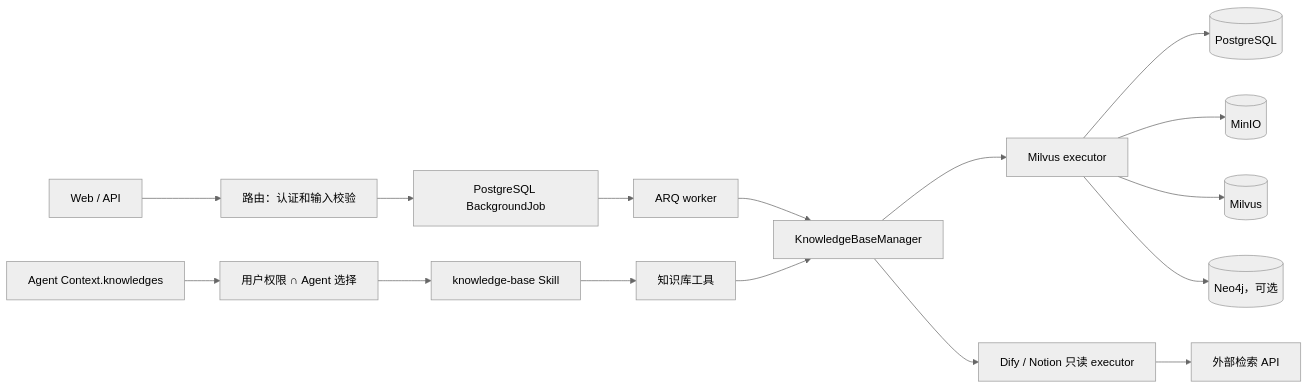
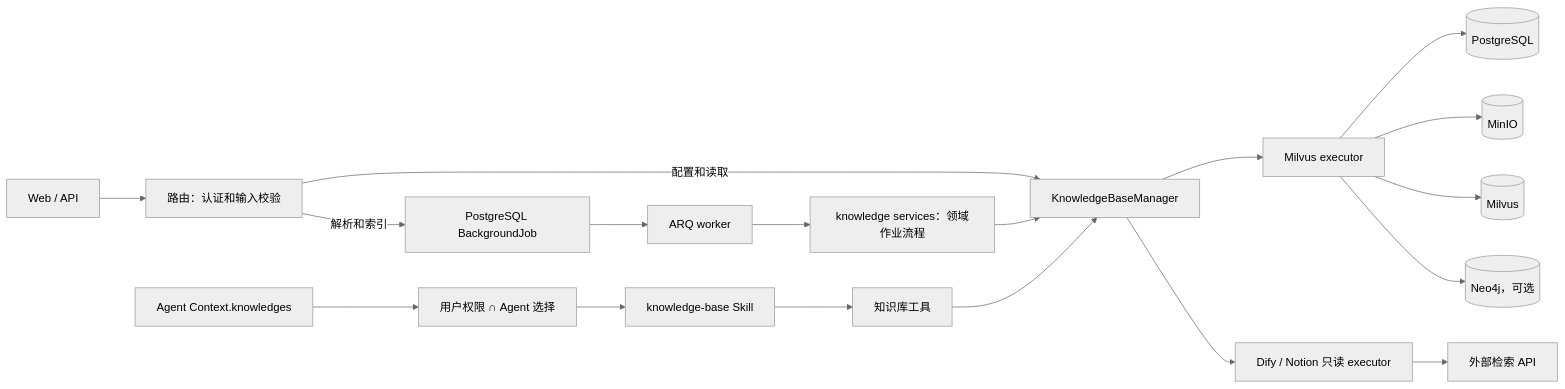
The first of 2 diagrams in docs/mechanisms/knowledge-base.md (Yuchuan925/Yuxi), drawn with Mermaid (neutral theme) before and after one commit. The commit also changed other lines of this file and 1 other file, not shown here.

````diff
--- a/docs/mechanisms/knowledge-base.md
+++ b/docs/mechanisms/knowledge-base.md
@@ -18,19 +18,21 @@
 ```mermaid
 flowchart LR
     UI["Web / API"] --> Router["路由：认证和输入校验"]
-    Router --> Task["PostgreSQL BackgroundJob"]
+    Router -->|解析和索引| Task["PostgreSQL BackgroundJob"]
+    Router -->|配置和读取| Manager
     Task --> Worker["ARQ worker"]
-    Worker --> Manager["KnowledgeBaseManager"]
+    Worker --> Handler["knowledge services：领域作业流程"]
+    Handler --> Manager["KnowledgeBaseManager"]
     Manager --> MilvusKB["Milvus executor"]
     Manager --> Connector["Dify / Notion 只读 executor"]
     MilvusKB --> PG[("PostgreSQL")]
     MilvusKB --> Object[("MinIO")]
     MilvusKB --> Vector[("Milvus")]
     MilvusKB --> Graph[("Neo4j，可选")]
     Connector --> External["外部检索 API"]
 
     Context["Agent Context.knowledges"] --> Visible["用户权限 ∩ Agent 选择"]
     Visible --> Skill["knowledge-base Skill"]
     Skill --> Tools["知识库工具"]
     Tools --> Manager
 ```
````
